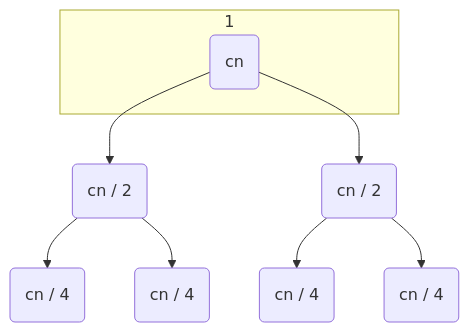
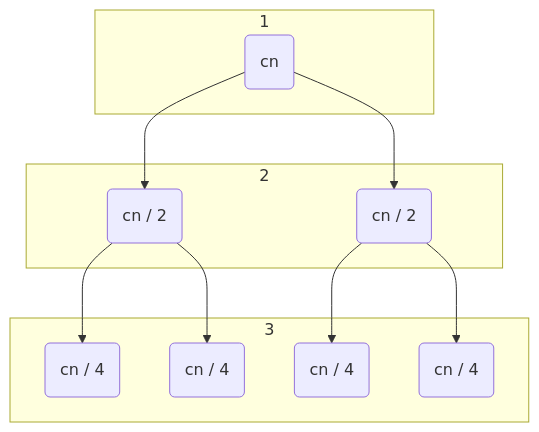
Before and after one commit to ErenKyojin/polimi-ing-info: the diagram in Algoritmi e principi dell'informatica/Algoritmi/Merge-sort.md, drawn with Mermaid.

Commit message:
[Archkyo] vault backup: 1 on 2023-05-02 11:32:39
Affected files:
Algoritmi e principi dell'informatica/Algoritmi/Merge-sort.md

````diff
--- a/Algoritmi e principi dell'informatica/Algoritmi/Merge-sort.md
+++ b/Algoritmi e principi dell'informatica/Algoritmi/Merge-sort.md
@@ -44,13 +44,24 @@
 ```mermaid
 graph TB
 	A(cn)
 	A --> B(cn / 2)
 	A --> C(cn / 2)
 	B --> BA(cn / 4)
 	B --> BB(cn / 4)
 	C --> CA(cn / 4)
 	C --> CB(cn / 4)
 	subgraph 1
 	A
 	end
+	subgraph 2
+	B
+	C
+	end
+	subgraph 3
+	BA
+	BB
+	CA
+	CB
+	end
+	
 ```
````
